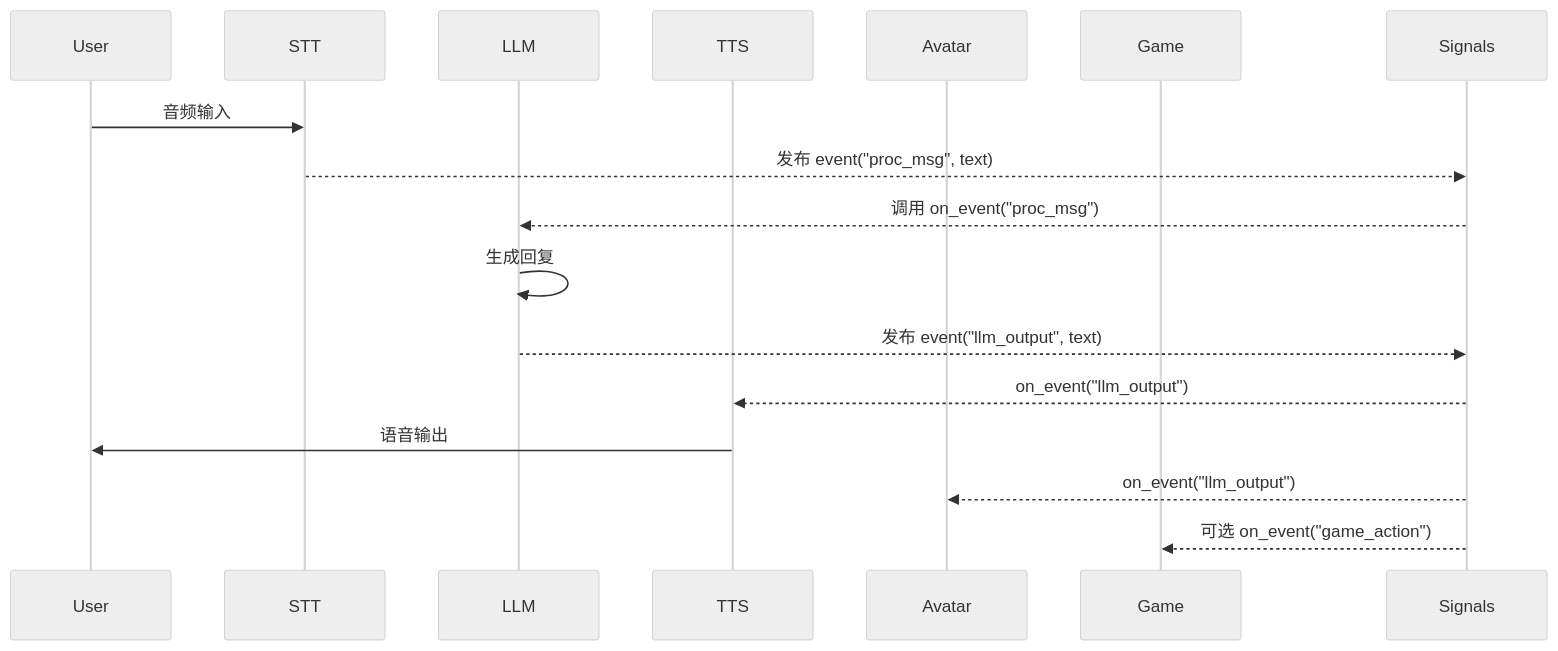
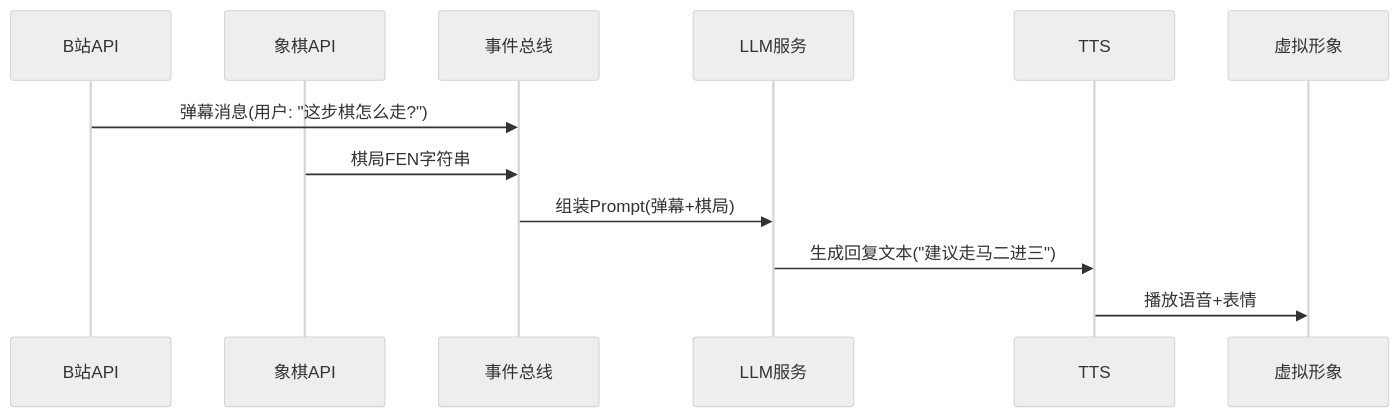
One commit to golrice/virtustream changed the second of 3 diagrams in docs/architecture.md. Above: the diagram before and after it, drawn with Mermaid (neutral theme). The commit also changed other lines of this file, not shown here.

````diff
--- a/docs/architecture.md
+++ b/docs/architecture.md
@@ -62,20 +105,14 @@
-```mermaid
-sequenceDiagram
-    participant User
-    participant STT
-    participant LLM
-    participant TTS
-    participant Avatar
-    participant Game
-    participant Signals
+    ```mermaid
+    sequenceDiagram
+        participant B站API
+        participant 象棋API
+        participant 事件总线
+        participant LLM服务
+        participant TTS
 
-    User->>STT: 音频输入
-    STT-->>Signals: 发布 event("proc_msg", text)
-    Signals-->>LLM: 调用 on_event("proc_msg")
-    LLM->>LLM: 生成回复
-    LLM-->>Signals: 发布 event("llm_output", text)
-    Signals-->>TTS: on_event("llm_output")
-    TTS->>User: 语音输出
-    Signals-->>Avatar: on_event("llm_output")
-    Signals-->>Game: 可选 on_event("game_action")
-```
+        B站API->>事件总线: 弹幕消息(用户: "这步棋怎么走?")
+        象棋API->>事件总线: 棋局FEN字符串
+        事件总线->>LLM服务: 组装Prompt(弹幕+棋局)
+        LLM服务->>TTS: 生成回复文本("建议走马二进三")
+        TTS->>虚拟形象: 播放语音+表情
+    ```
````
